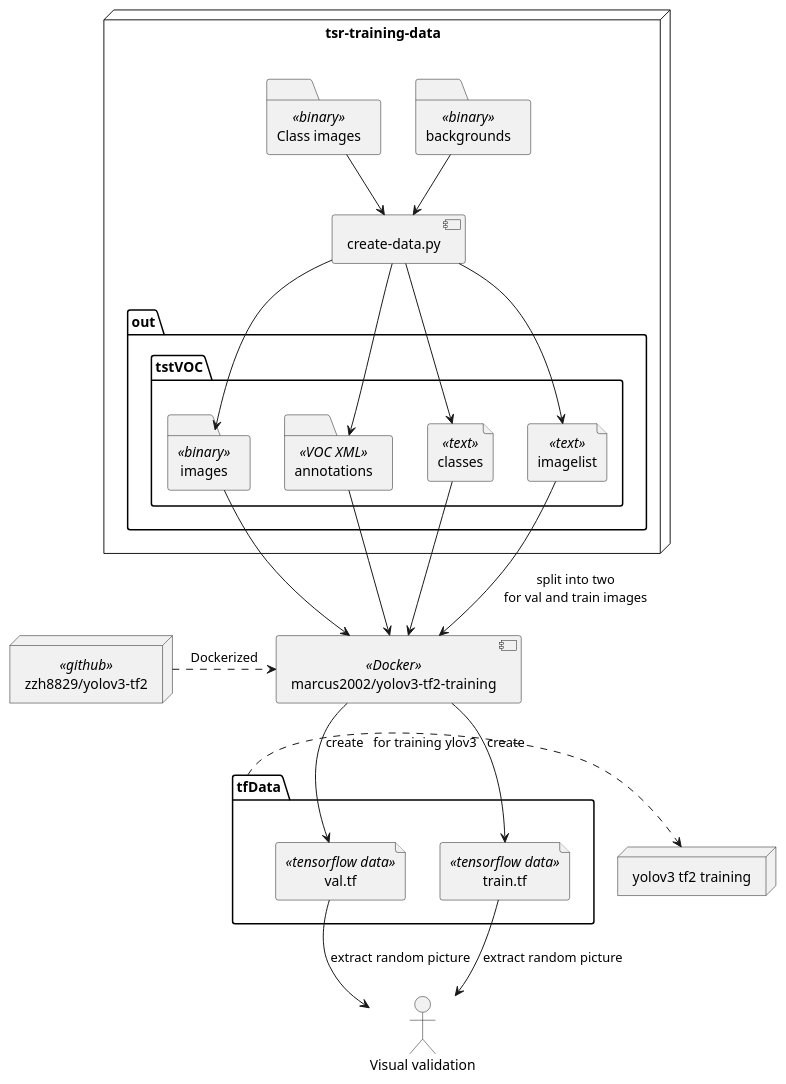
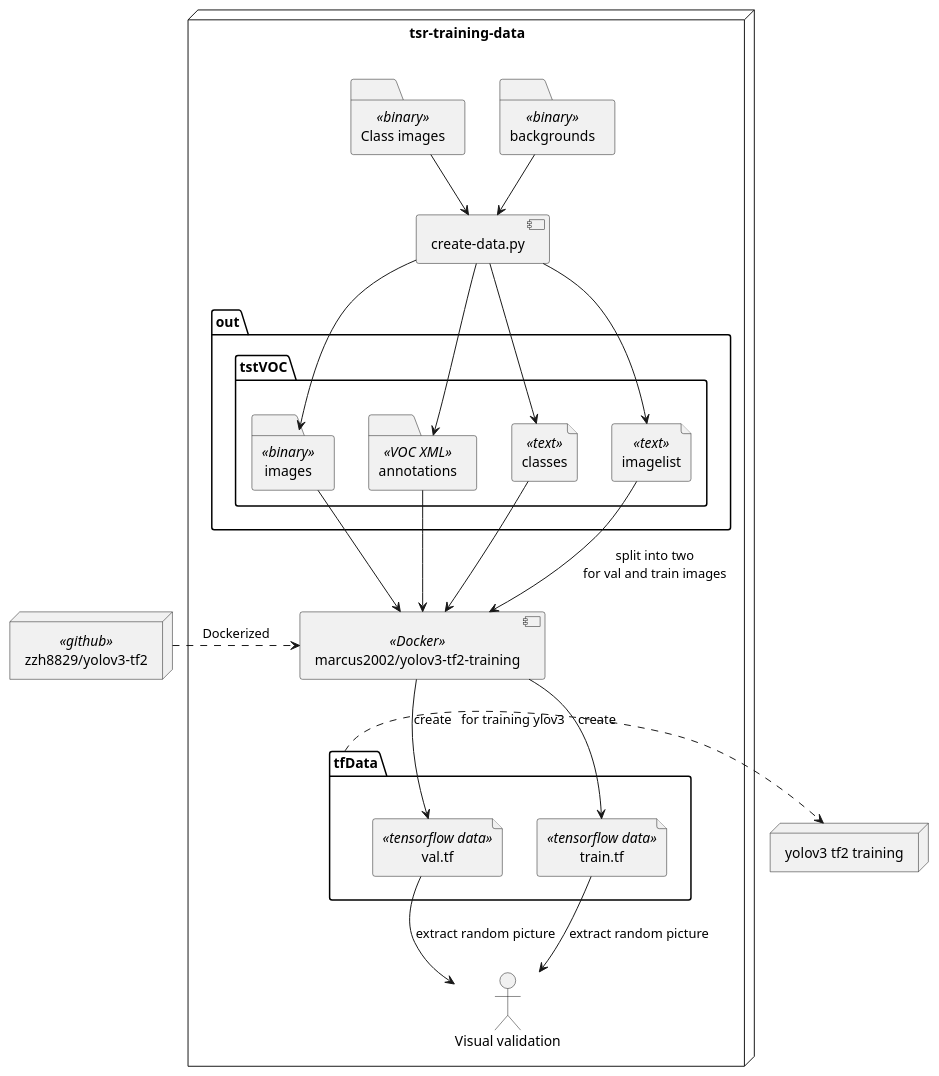
Before and after one commit to jarjuk/tsr-training-data: the diagram in README.org, drawn with PlantUML. The commit also changed 1 other file, not shown here.

Commit message:
architecture scope updated

```diff
--- a/README.org
+++ b/README.org
@@ -35,68 +35,72 @@
 #+BEGIN_SRC plantuml :eval no-export :exports results :file pics/architecture.jpg
   node  "zzh8829/yolov3-tf2" as YoloV3Tf2 <<github>> { 
 
   }
 
   node  "tsr-training-data" as TsrTrainingData {
 
 
         folder backgrounds <<binary>>
 
 
          folder "Class images" as classimages <<binary>>
 
          component "create-data.py" as createTrainingData
 
 
 
 
       folder out {
 
          folder tstVOC {
                 folder images <<binary>>
                 folder annotations <<VOC XML>>
                 file classes <<text>>
                 file imagelist <<text>>
          }
       }
+      component  "marcus2002/yolov3-tf2-training" as Marcus2002 <<Docker>>
+
+
+    folder tfData {
+
+      file val.tf <<tensorflow data>>
+      file train.tf  <<tensorflow data>>
+    }
+
+    actor "Visual validation" as jpgval
+
+
+  }
+
 
       classimages --> createTrainingData
       backgrounds --> createTrainingData
 
 
       createTrainingData --> images 
       createTrainingData --> annotations
       createTrainingData --> classes
       createTrainingData --> imagelist
 
-  }
 
-
-  component  "marcus2002/yolov3-tf2-training" as Marcus2002 <<Docker>>
 
   YoloV3Tf2 .> Marcus2002 : Dockerized
 
-      images --> Marcus2002
-      annotations --> Marcus2002
+  images --> Marcus2002
+  annotations --> Marcus2002
       classes --> Marcus2002
       imagelist --> Marcus2002 : split into two\nfor val and train images
 
 
-  folder tfData {
-
-     file val.tf <<tensorflow data>>
-    file train.tf  <<tensorflow data>>
-  }
-
   Marcus2002 --> val.tf : create
   Marcus2002 --> train.tf : create
 
-  actor "Visual validation" as jpgval
   val.tf --> jpgval : extract random picture
   train.tf --> jpgval : extract random picture
 
   node  "yolov3 tf2 training" as Marcus2002.2
   tfData .> Marcus2002.2 : for training ylov3
 
 
   #+END_SRC
```
